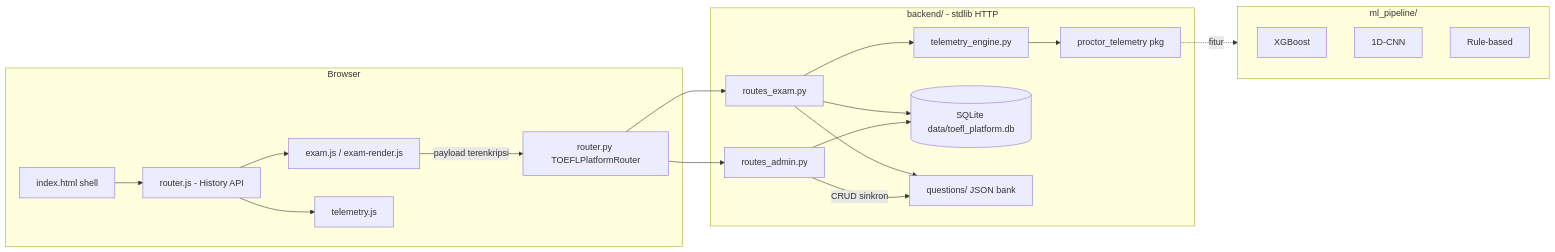
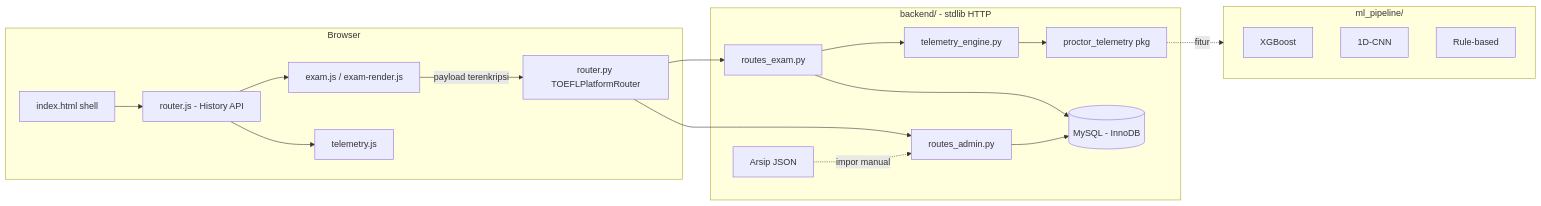
The diagram in README.md (firdausmntp/LinguaPulse), drawn with Mermaid before and after one commit. The commit also changed other lines of this file and 145 other files, not shown here.

````diff
--- a/README.md
+++ b/README.md
@@ -92,23 +99,22 @@
 ```mermaid
 flowchart LR
     subgraph Browser
         A[index.html shell] --> B[router.js - History API]
         B --> C[exam.js / exam-render.js]
         B --> D[telemetry.js]
         C -- payload terenkripsi --> E
     end
     subgraph Backend["backend/ - stdlib HTTP"]
         E[router.py TOEFLPlatformRouter] --> F[routes_exam.py]
         E --> G[routes_admin.py]
         F --> H[telemetry_engine.py]
         H --> I[proctor_telemetry pkg]
-        F --> J[(SQLite data/toefl_platform.db)]
+        F --> J[(MySQL - InnoDB)]
         G --> J
-        F --> K[questions/ JSON bank]
-        G -- CRUD sinkron --> K
+        K[Arsip JSON] -. impor manual .-> G
     end
     subgraph ML["ml_pipeline/"]
         L[XGBoost] & M[1D-CNN] & N[Rule-based]
     end
     I -. fitur .-> ML
 ```
````
